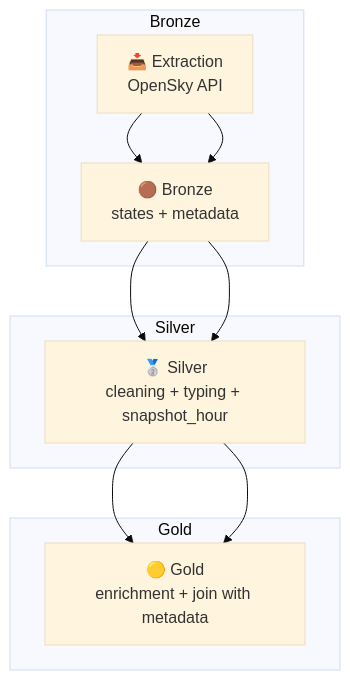
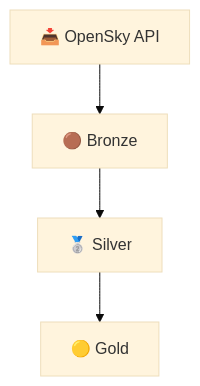
One commit to fernandezelias/ETL_OpenSky_Aviation changed the diagram in README_EN.md. Above: the diagram before and after it, drawn with Mermaid (base theme). The commit also changed other lines of this file and 7 other files, not shown here.

````diff
--- a/README_EN.md
+++ b/README_EN.md
@@ -81,19 +104,6 @@
 ```mermaid
 flowchart TD
-
-A[📥 Extraction<br>OpenSky API] --> B[🟤 Bronze<br>states + metadata]
-B --> C[🥈 Silver<br>cleaning + typing + snapshot_hour]
-C --> D[🟡 Gold<br>enrichment + join with metadata]
-
-subgraph Bronze
-A --> B
-end
-
-subgraph Silver
-B --> C
-end
-
-subgraph Gold
-C --> D
-end
+    A[📥 OpenSky API] --> B[🟤 Bronze]
+    B --> C[🥈 Silver]
+    C --> D[🟡 Gold]
 ```
````
